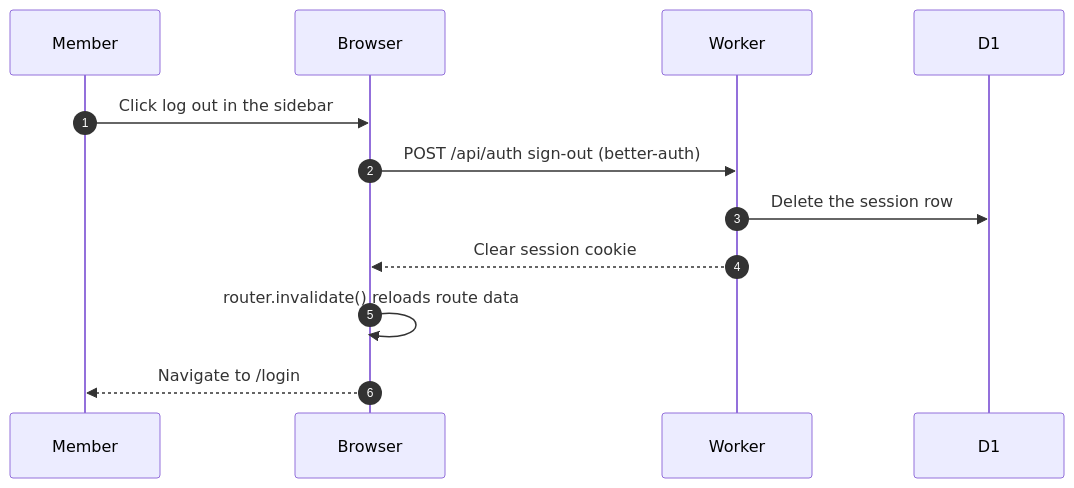
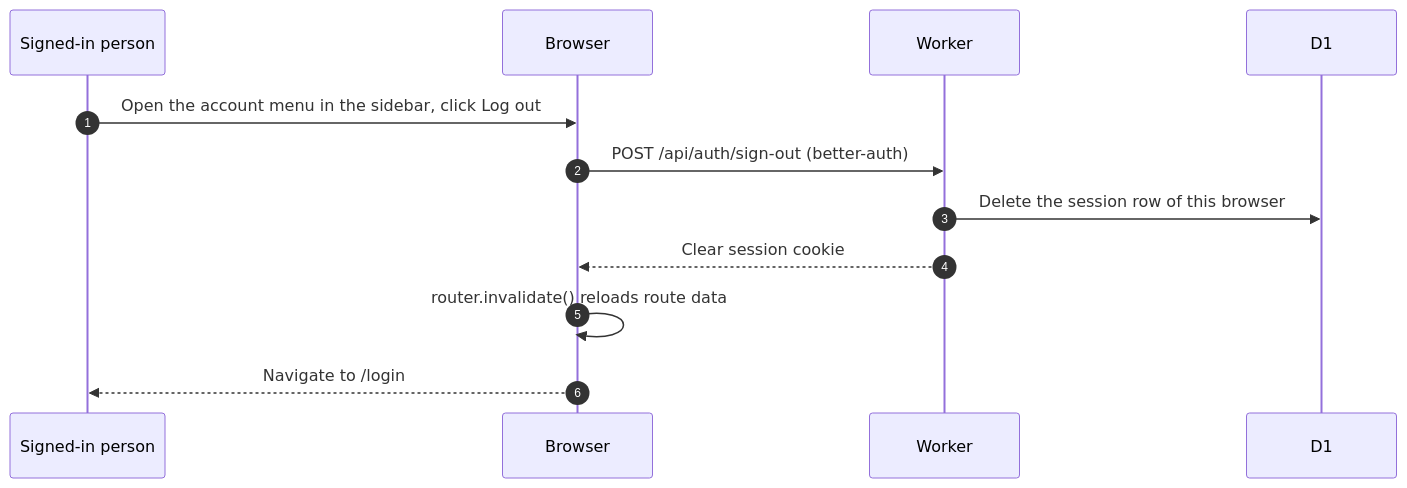
The diagram in docs/scenarios/account/sign-out.md (sagyzdop/meriksirat), drawn with Mermaid before and after one commit. The commit also changed other lines of this file and 12 other files, not shown here.

Commit message:
docs(scenarios): verify account diagrams against the code

````diff
--- a/docs/scenarios/account/sign-out.md
+++ b/docs/scenarios/account/sign-out.md
@@ -14,14 +18,14 @@
 ```mermaid
 sequenceDiagram
     autonumber
-    participant P as Member
+    participant P as Signed-in person
     participant B as Browser
     participant W as Worker
     participant D as D1
-    P->>B: Click log out in the sidebar
-    B->>W: POST /api/auth sign-out (better-auth)
-    W->>D: Delete the session row
+    P->>B: Open the account menu in the sidebar, click Log out
+    B->>W: POST /api/auth/sign-out (better-auth)
+    W->>D: Delete the session row of this browser
     W-->>B: Clear session cookie
     B->>B: router.invalidate() reloads route data
     B-->>P: Navigate to /login
 ```
````
